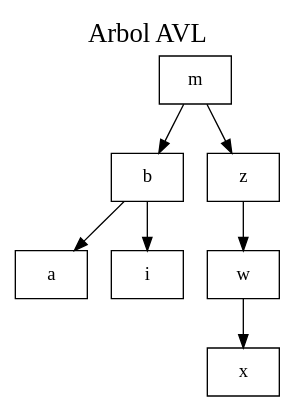
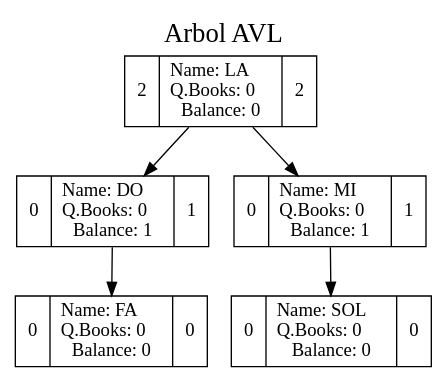
Before and after one commit to elJuanjoRamos/EDD_1S2020_PY2_201801262: the diagram in EDD_Proyecto2/AVLTree.dot, drawn with Graphviz. The commit also changed 164 other files, not shown here.

```diff
--- a/EDD_Proyecto2/AVLTree.dot
+++ b/EDD_Proyecto2/AVLTree.dot
@@ -1,17 +1,13 @@
 digraph grafica{
 rankdir=TB;graph[label="Arbol AVL", labelloc=t, fontsize=20, compound=true]
 node [shape = record, style=filled, fillcolor=white];
-nodo1 [ label ="m"];
-nodo3 [ label ="b"];
-nodo2 [ label ="a"];
-nodo3->nodo2
-nodo4 [ label ="i"];
+nodo1 [ label ="2|Name: LA\lQ.Books: 0\lBalance: 0|2"];
+nodo3 [ label ="0|Name: DO\lQ.Books: 0\lBalance: 1|1"];
+nodo4 [ label ="0|Name: FA\lQ.Books: 0\lBalance: 0|0"];
 nodo3->nodo4
 nodo1->nodo3
-nodo6 [ label ="z"];
-nodo5 [ label ="w"];
-nodo7 [ label ="x"];
-nodo5->nodo7
-nodo6->nodo5
-nodo1->nodo6
+nodo2 [ label ="0|Name: MI\lQ.Books: 0\lBalance: 1|1"];
+nodo5 [ label ="0|Name: SOL\lQ.Books: 0\lBalance: 0|0"];
+nodo2->nodo5
+nodo1->nodo2
 }
```
